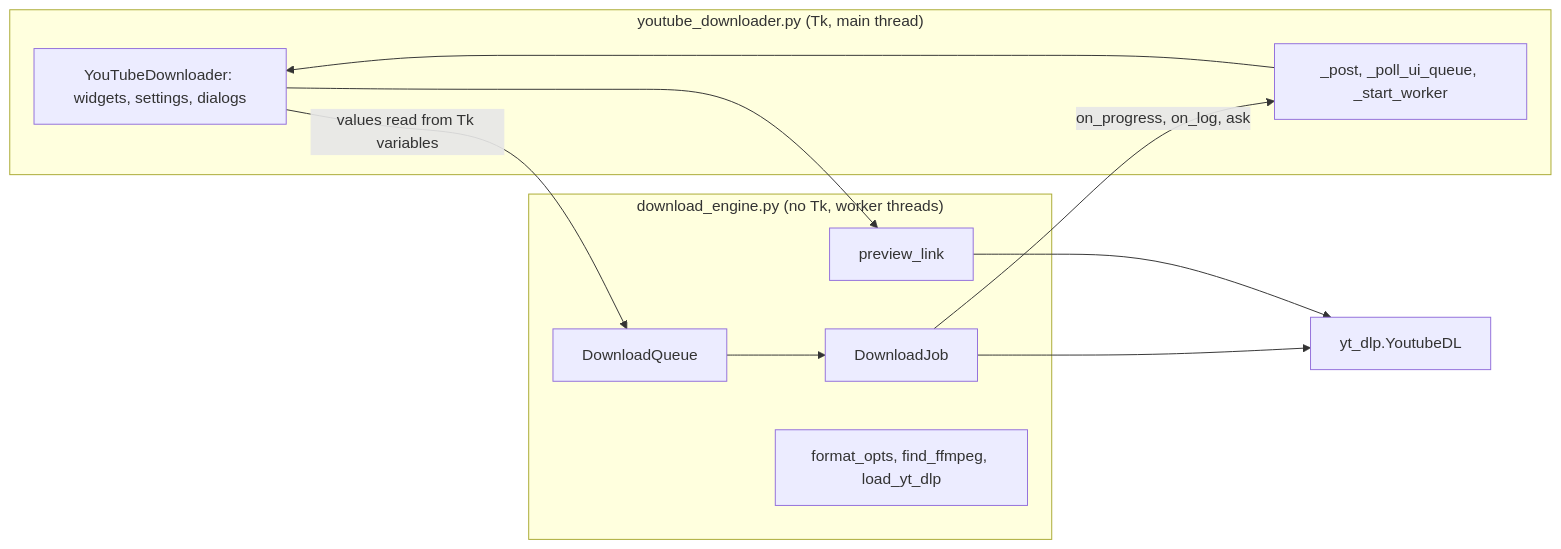
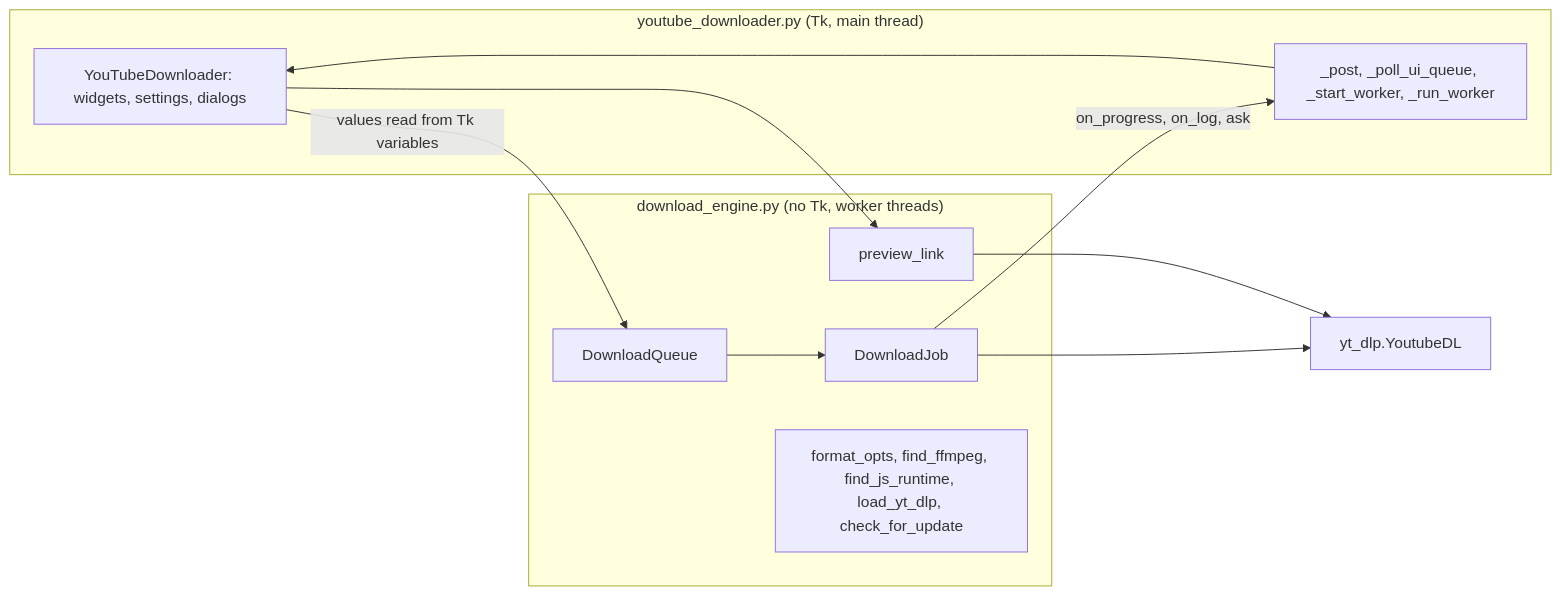
Before and after one commit to lifeupnorth/YouTubeDownloader: the first of 3 diagrams in docs/wiki/03-architecture.md, drawn with Mermaid. The commit also changed other lines of this file and 10 other files, not shown here.

````diff
--- a/docs/wiki/03-architecture.md
+++ b/docs/wiki/03-architecture.md
@@ -15,18 +15,18 @@
 ```mermaid
 flowchart LR
     subgraph window ["youtube_downloader.py (Tk, main thread)"]
         ui["YouTubeDownloader: widgets, settings, dialogs"]
-        plumbing["_post, _poll_ui_queue, _start_worker"]
+        plumbing["_post, _poll_ui_queue, _start_worker, _run_worker"]
     end
     subgraph engine ["download_engine.py (no Tk, worker threads)"]
         queue["DownloadQueue"] --> job["DownloadJob"]
         preview["preview_link"]
-        helpers["format_opts, find_ffmpeg, load_yt_dlp"]
+        helpers["format_opts, find_ffmpeg, find_js_runtime, load_yt_dlp, check_for_update"]
     end
     ui -->|"values read from Tk variables"| queue
     job -->|"on_progress, on_log, ask"| plumbing
     plumbing --> ui
     ui --> preview
     job --> ytdlp["yt_dlp.YoutubeDL"]
     preview --> ytdlp
 ```
````
